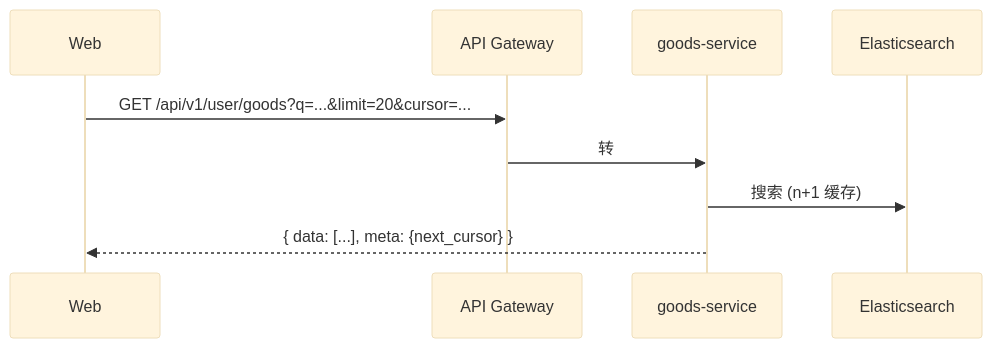
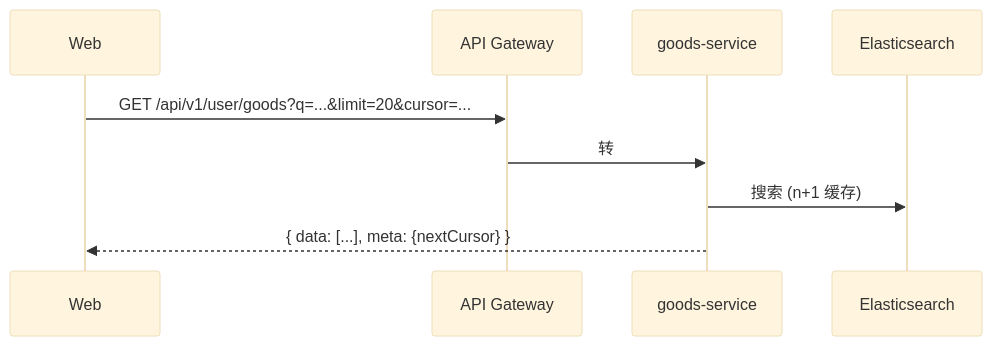
The second of 3 diagrams in .dev/docs/2. 设计阶段/02-API设计文档.md (YiRancrazy/minimail_end_system), drawn with Mermaid (base theme) before and after one commit. The commit also changed other lines of this file and 2 other files, not shown here.

````diff
--- a/.dev/docs/2. 设计阶段/02-API设计文档.md
+++ b/.dev/docs/2. 设计阶段/02-API设计文档.md
@@ -849,11 +849,11 @@
 ```mermaid
 sequenceDiagram
     participant App as Web
     participant GW as API Gateway
     participant GDS as goods-service
     participant ES as Elasticsearch
     App->>GW: GET /api/v1/user/goods?q=...&limit=20&cursor=...
     GW->>GDS: 转
     GDS->>ES: 搜索 (n+1 缓存)
-    GDS-->>App: { data: [...], meta: {next_cursor} }
+    GDS-->>App: { data: [...], meta: {nextCursor} }
 ```
````
